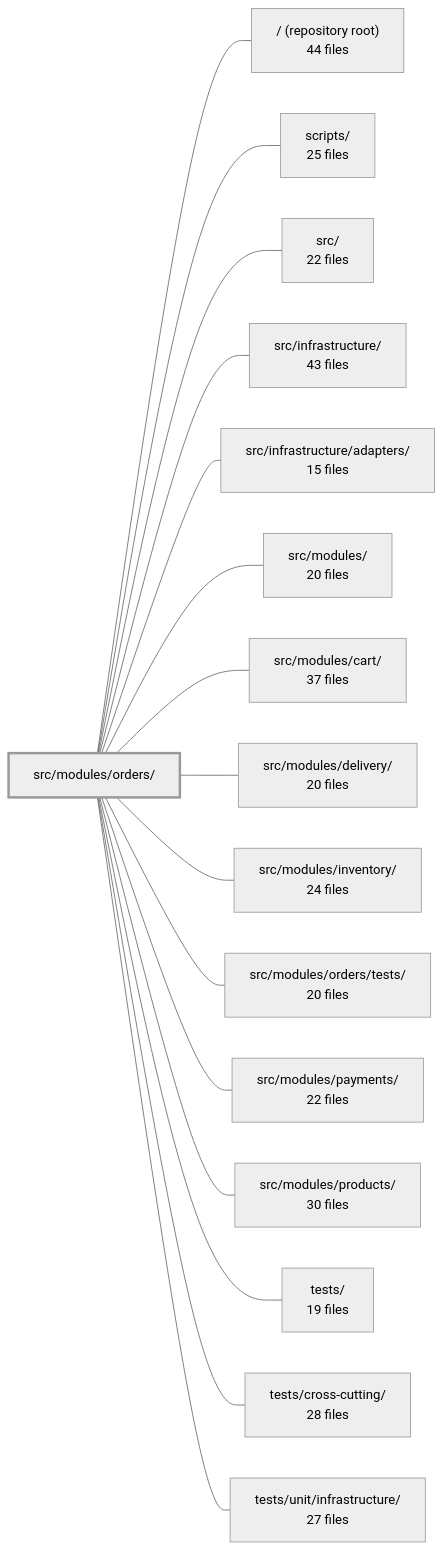
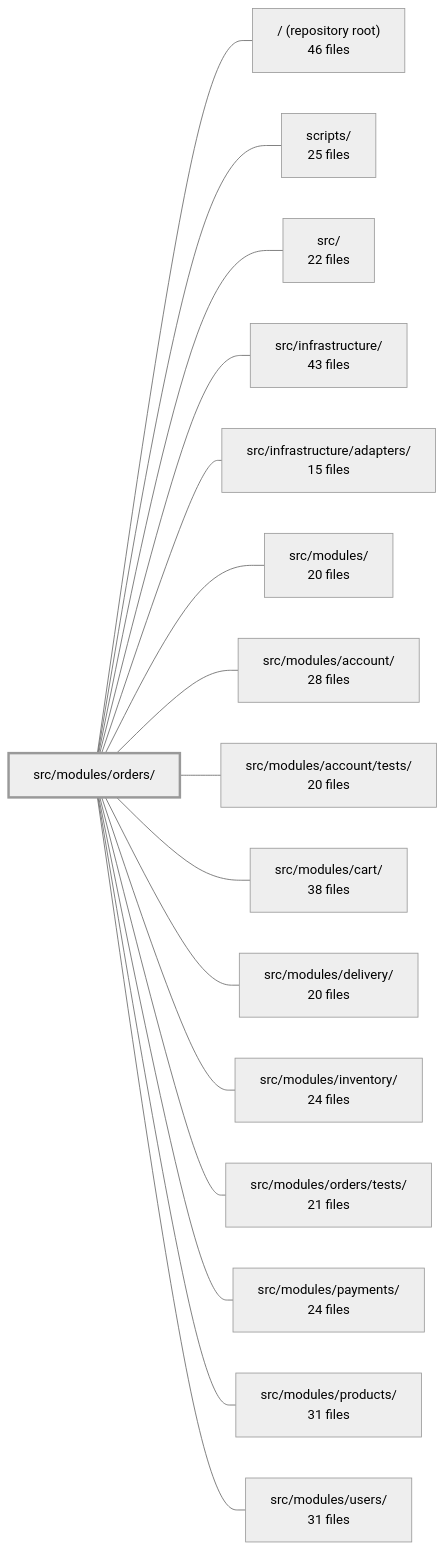
One commit to Guebbit/boilerplate-node-backend changed the diagram in .2repo/modules/boilerplate-node-backend_src_modules_orders.md. Above: the diagram before and after it, drawn with Mermaid (neutral theme). The commit also changed other lines of this file and 302 other files, not shown here.

First line of the commit message:
chore(2repo): refresh repo context, wiki, and architecture snapshots

````diff
--- a/.2repo/modules/boilerplate-node-backend_src_modules_orders.md
+++ b/.2repo/modules/boilerplate-node-backend_src_modules_orders.md
@@ -40,35 +45,35 @@
 ```mermaid
 flowchart LR
     m_src_modules_orders["src/modules/orders/"]
-    m_root["/ (repository root)<br/>44 files"]
+    m_root["/ (repository root)<br/>46 files"]
     m_scripts["scripts/<br/>25 files"]
     m_src["src/<br/>22 files"]
     m_src_infrastructure["src/infrastructure/<br/>43 files"]
     m_src_infrastructure_adapters["src/infrastructure/adapters/<br/>15 files"]
     m_src_modules["src/modules/<br/>20 files"]
-    m_src_modules_cart["src/modules/cart/<br/>37 files"]
+    m_src_modules_account["src/modules/account/<br/>28 files"]
+    m_src_modules_account_tests["src/modules/account/tests/<br/>20 files"]
+    m_src_modules_cart["src/modules/cart/<br/>38 files"]
     m_src_modules_delivery["src/modules/delivery/<br/>20 files"]
     m_src_modules_inventory["src/modules/inventory/<br/>24 files"]
-    m_src_modules_orders_tests["src/modules/orders/tests/<br/>20 files"]
-    m_src_modules_payments["src/modules/payments/<br/>22 files"]
-    m_src_modules_products["src/modules/products/<br/>30 files"]
-    m_tests["tests/<br/>19 files"]
-    m_tests_cross_cutting["tests/cross-cutting/<br/>28 files"]
-    m_tests_unit_infrastructure["tests/unit/infrastructure/<br/>27 files"]
+    m_src_modules_orders_tests["src/modules/orders/tests/<br/>21 files"]
+    m_src_modules_payments["src/modules/payments/<br/>24 files"]
+    m_src_modules_products["src/modules/products/<br/>31 files"]
+    m_src_modules_users["src/modules/users/<br/>31 files"]
     m_src_modules_orders --- m_root
     m_src_modules_orders --- m_scripts
     m_src_modules_orders --- m_src
     m_src_modules_orders --- m_src_infrastructure
     m_src_modules_orders --- m_src_infrastructure_adapters
     m_src_modules_orders --- m_src_modules
+    m_src_modules_orders --- m_src_modules_account
+    m_src_modules_orders --- m_src_modules_account_tests
     m_src_modules_orders --- m_src_modules_cart
     m_src_modules_orders --- m_src_modules_delivery
     m_src_modules_orders --- m_src_modules_inventory
     m_src_modules_orders --- m_src_modules_orders_tests
     m_src_modules_orders --- m_src_modules_payments
     m_src_modules_orders --- m_src_modules_products
-    m_src_modules_orders --- m_tests
-    m_src_modules_orders --- m_tests_cross_cutting
-    m_src_modules_orders --- m_tests_unit_infrastructure
+    m_src_modules_orders --- m_src_modules_users
     style m_src_modules_orders stroke-width:3px
 ```
````
